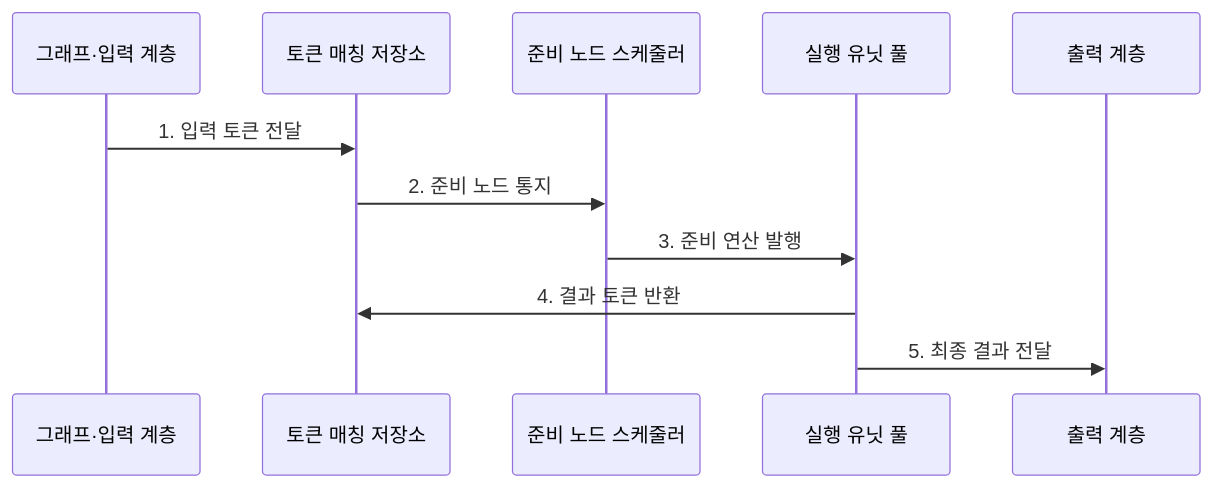
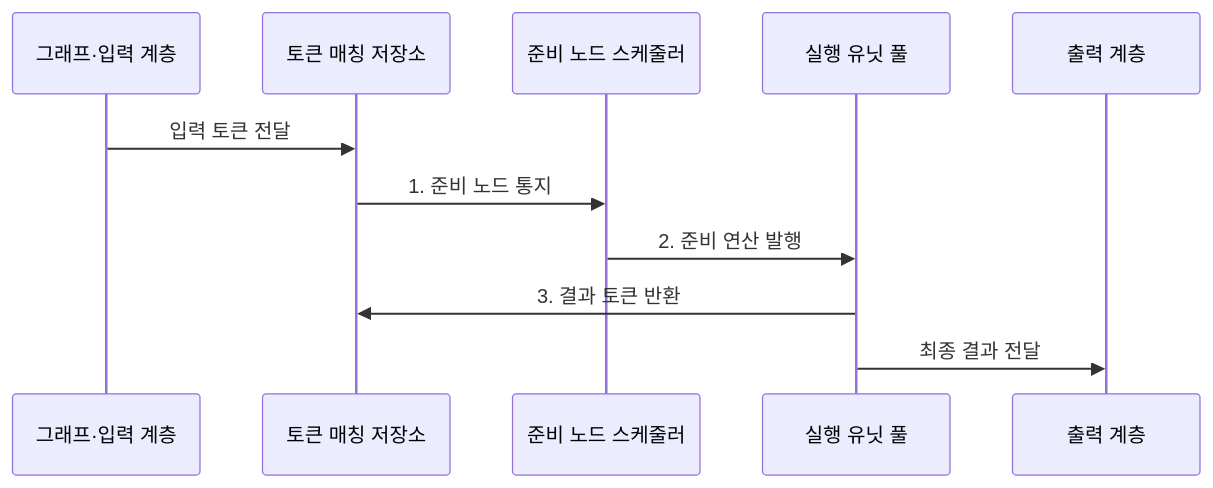
The second of 2 diagrams in src/content/docs/notes/02-hardware/077_dataflow_computer.md (agnusdei1207/knowledge-base), drawn with Mermaid before and after one commit. The commit also changed other lines of this file and 19 other files, not shown here.

````diff
--- a/src/content/docs/notes/02-hardware/077_dataflow_computer.md
+++ b/src/content/docs/notes/02-hardware/077_dataflow_computer.md
@@ -86,14 +87,14 @@
 ```mermaid
 sequenceDiagram
     participant G as 그래프·입력 계층
     participant M as 토큰 매칭 저장소
     participant S as 준비 노드 스케줄러
     participant E as 실행 유닛 풀
     participant O as 출력 계층
 
-    G->>M: 1. 입력 토큰 전달
-    M->>S: 2. 준비 노드 통지
-    S->>E: 3. 준비 연산 발행
-    E->>M: 4. 결과 토큰 반환
-    E->>O: 5. 최종 결과 전달
+    G->>M: 입력 토큰 전달
+    M->>S: 1. 준비 노드 통지
+    S->>E: 2. 준비 연산 발행
+    E->>M: 3. 결과 토큰 반환
+    E->>O: 최종 결과 전달
 ```
````
